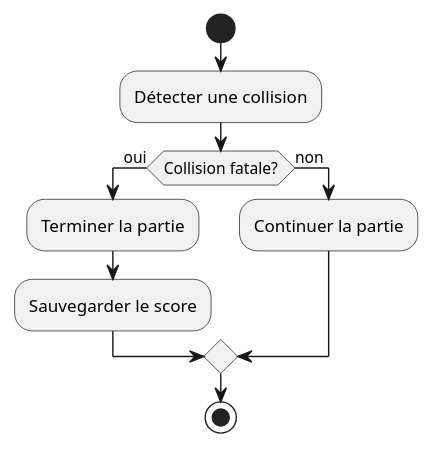
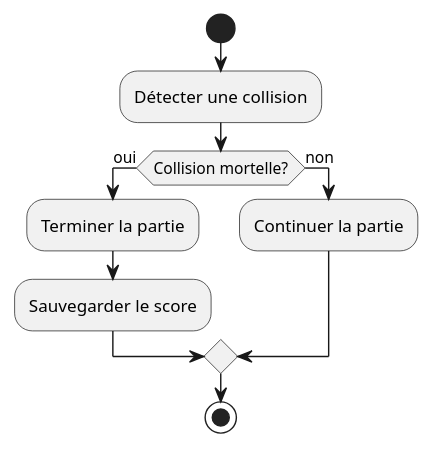
One commit to LosVerinos/Crossy-Road changed the diagram in Diagram/UseCase/obstacleCollision.puml. Above: the diagram before and after it, drawn with PlantUML. The commit also changed 9 other files, not shown here.

```diff
--- a/Diagram/UseCase/obstacleCollision.puml
+++ b/Diagram/UseCase/obstacleCollision.puml
@@ -1,12 +1,12 @@
 @startuml
 |Système|
 start
 :Détecter une collision;
-if (Collision fatale?) then (oui)
+if (Collision mortelle?) then (oui)
     :Terminer la partie;
     :Sauvegarder le score;
 else (non)
     :Continuer la partie;
 endif
 stop
 @enduml
```
